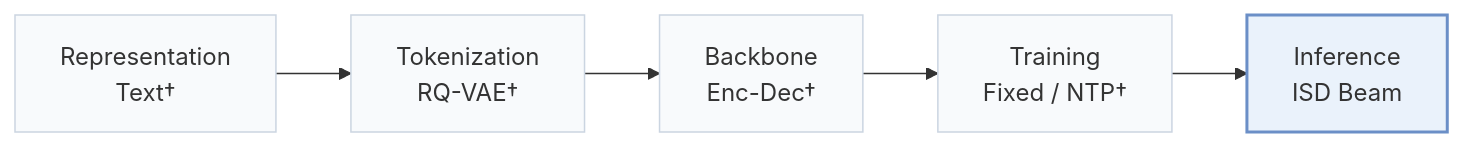
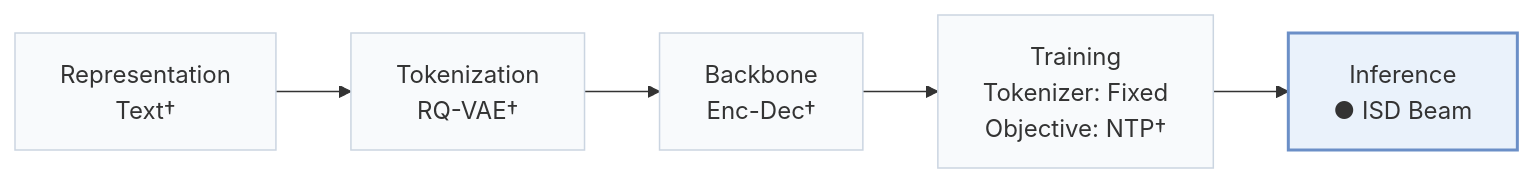
One commit to Galaxy-ghost/Awesome-SID-Generative-Rec changed the first of 2 diagrams in pages/papers/isd.md. Above: the diagram before and after it, drawn with Mermaid. The commit also changed other lines of this file and 558 other files, not shown here.

````diff
--- a/pages/papers/isd.md
+++ b/pages/papers/isd.md
@@ -15,8 +18,8 @@
 ```mermaid
 flowchart LR
-    R["Representation<br/>Text†"] --> T["Tokenization<br/>RQ-VAE†"] --> B["Backbone<br/>Enc-Dec†"] --> TR["Training<br/>Fixed / NTP†"] --> I["Inference<br/>ISD Beam"]
+    R["Representation<br/>Text†"] --> T["Tokenization<br/>RQ-VAE†"] --> B["Backbone<br/>Enc-Dec†"] --> TR["Training<br/>Tokenizer: Fixed<br/>Objective: NTP†"] --> I["Inference<br/>● ISD Beam"]
     classDef base fill:#f8fafc,stroke:#cbd5e1
     class R,T,B,TR,I base
     classDef main fill:#eaf2fb,stroke:#6b8fc7,stroke-width:2px
     class I main
 ```
````
